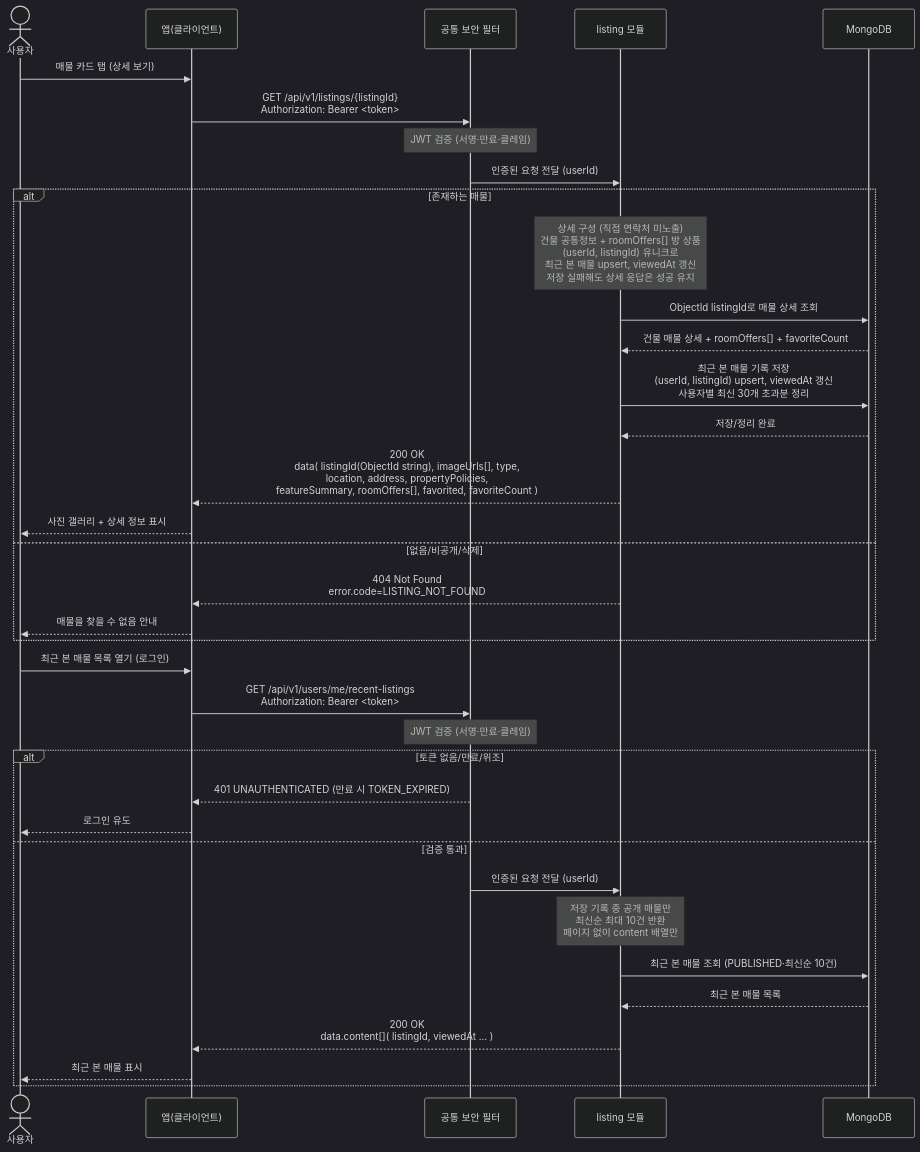
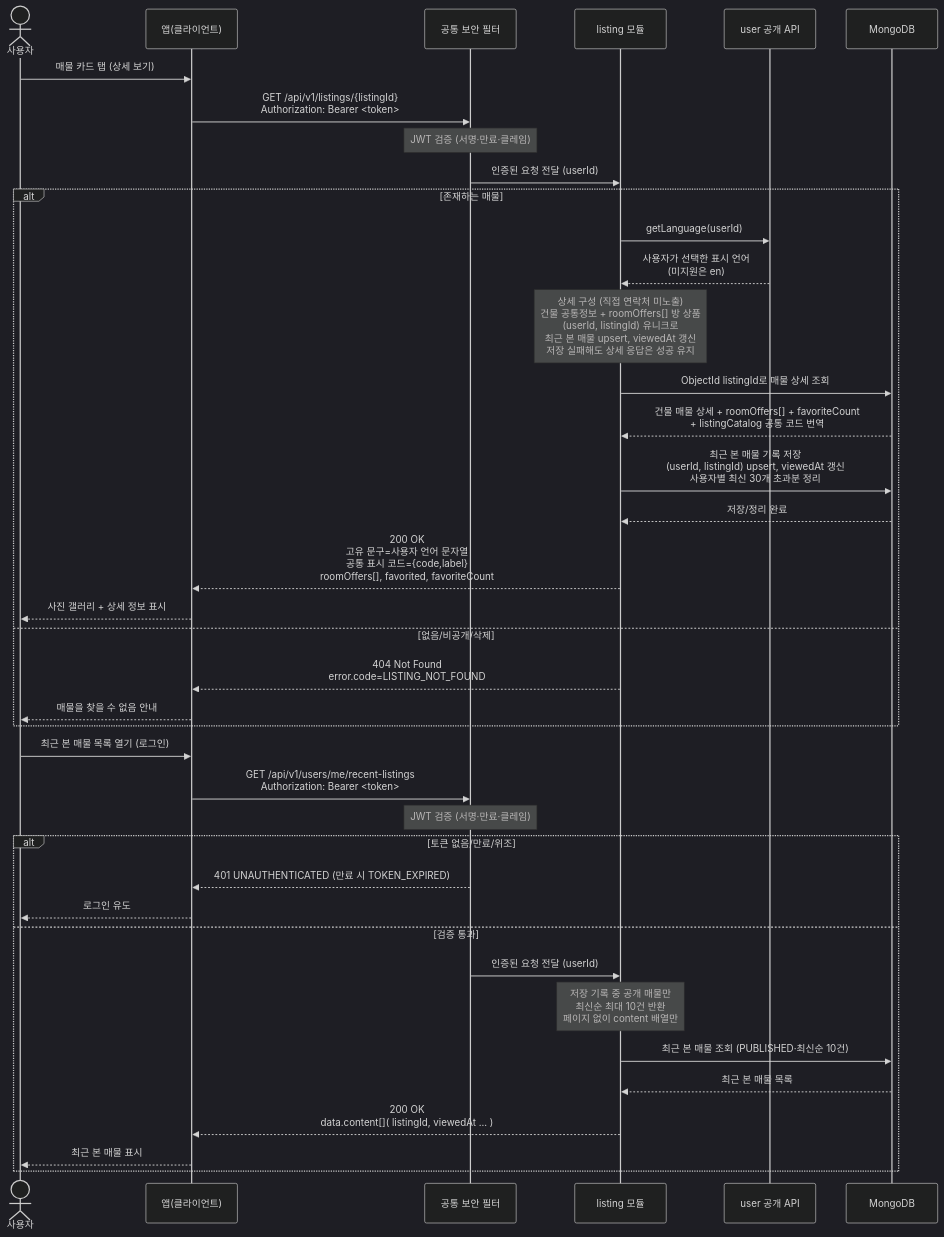
One commit to jameskim9509/Kohere-backend changed the diagram in docs/architecture/sequence-diagrams/03-listings-favorites/us-3-4-listing-detail-recent-viewed.md. Above: the diagram before and after it, drawn with Mermaid (dark theme). The commit also changed other lines of this file and 64 other files, not shown here.

````diff
--- a/docs/architecture/sequence-diagrams/03-listings-favorites/us-3-4-listing-detail-recent-viewed.md
+++ b/docs/architecture/sequence-diagrams/03-listings-favorites/us-3-4-listing-detail-recent-viewed.md
@@ -5,39 +5,42 @@
 ```mermaid
 sequenceDiagram
     actor U as 사용자
     participant C as 앱(클라이언트)
     participant SEC as 공통 보안 필터
     participant LIST as listing 모듈
+    participant USER as user 공개 API
     participant DB as MongoDB
 
     U->>C: 매물 카드 탭 (상세 보기)
     C->>SEC: GET /api/v1/listings/{listingId}<br/>Authorization: Bearer <token>
     Note over SEC: JWT 검증 (서명·만료·클레임)
     SEC->>LIST: 인증된 요청 전달 (userId)
     alt 존재하는 매물
+        LIST->>USER: getLanguage(userId)
+        USER-->>LIST: 사용자가 선택한 표시 언어<br/>(미지원은 en)
         Note over LIST: 상세 구성 (직접 연락처 미노출)<br/>건물 공통정보 + roomOffers[] 방 상품<br/>(userId, listingId) 유니크로<br/>최근 본 매물 upsert, viewedAt 갱신<br/>저장 실패해도 상세 응답은 성공 유지
         LIST->>DB: ObjectId listingId로 매물 상세 조회
-        DB-->>LIST: 건물 매물 상세 + roomOffers[] + favoriteCount
+        DB-->>LIST: 건물 매물 상세 + roomOffers[] + favoriteCount<br/>+ listingCatalog 공통 코드 번역
         LIST->>DB: 최근 본 매물 기록 저장<br/>(userId, listingId) upsert, viewedAt 갱신<br/>사용자별 최신 30개 초과분 정리
         DB-->>LIST: 저장/정리 완료
-        LIST-->>C: 200 OK<br/>data( listingId(ObjectId string), imageUrls[], type,<br/>location, address, propertyPolicies,<br/>featureSummary, roomOffers[], favorited, favoriteCount )
+        LIST-->>C: 200 OK<br/>고유 문구=사용자 언어 문자열<br/>공통 표시 코드={code,label}<br/>roomOffers[], favorited, favoriteCount
         C-->>U: 사진 갤러리 + 상세 정보 표시
     else 없음/비공개/삭제
         LIST-->>C: 404 Not Found<br/>error.code=LISTING_NOT_FOUND
         C-->>U: 매물을 찾을 수 없음 안내
     end
     U->>C: 최근 본 매물 목록 열기 (로그인)
     C->>SEC: GET /api/v1/users/me/recent-listings<br/>Authorization: Bearer <token>
     Note over SEC: JWT 검증 (서명·만료·클레임)
     alt 토큰 없음/만료/위조
         SEC-->>C: 401 UNAUTHENTICATED (만료 시 TOKEN_EXPIRED)
         C-->>U: 로그인 유도
     else 검증 통과
         SEC->>LIST: 인증된 요청 전달 (userId)
         Note over LIST: 저장 기록 중 공개 매물만<br/>최신순 최대 10건 반환<br/>페이지 없이 content 배열만
         LIST->>DB: 최근 본 매물 조회 (PUBLISHED·최신순 10건)
         DB-->>LIST: 최근 본 매물 목록
         LIST-->>C: 200 OK<br/>data.content[]( listingId, viewedAt ... )
         C-->>U: 최근 본 매물 표시
     end
 ```
````
